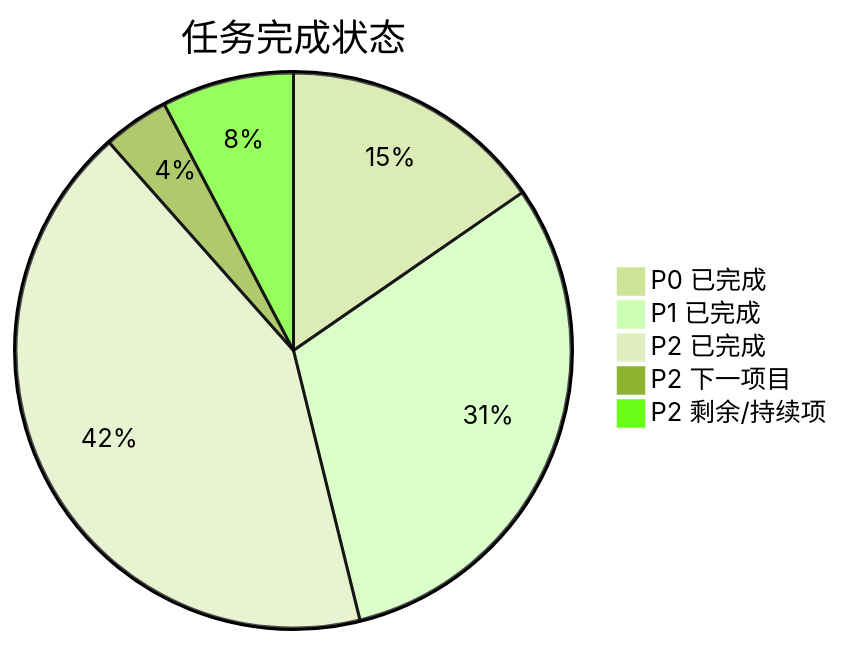
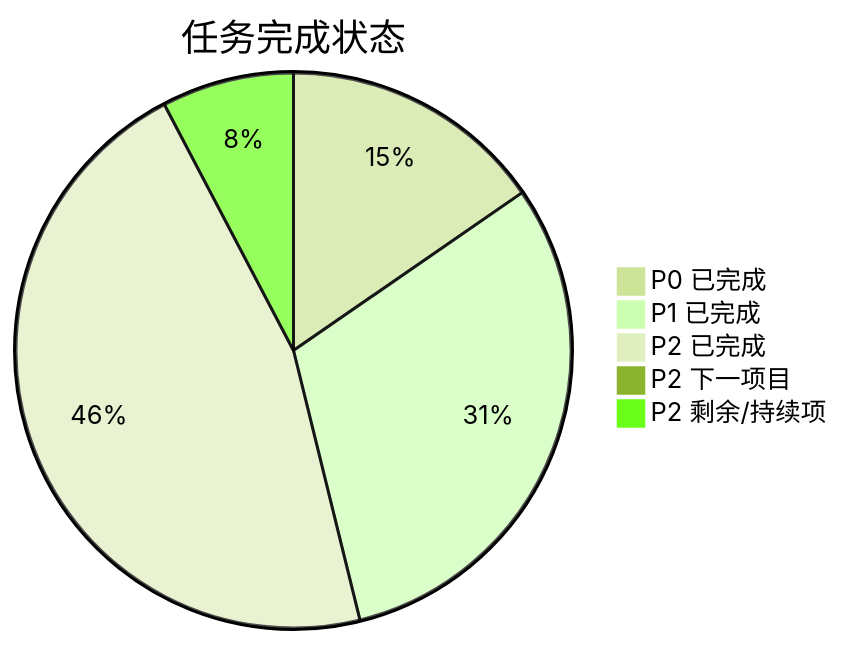
One commit to drearycold/YetAnotherEBookReader changed the first of 3 diagrams in .agents/plans/REFACTOR_PLAN.claude.progress.md. Above: the diagram before and after it, drawn with Mermaid (forest theme). The commit also changed other lines of this file and 22 other files, not shown here.

````diff
--- a/.agents/plans/REFACTOR_PLAN.claude.progress.md
+++ b/.agents/plans/REFACTOR_PLAN.claude.progress.md
@@ -10,8 +10,8 @@
 ```mermaid
 pie title 任务完成状态
     "P0 已完成" : 4
     "P1 已完成" : 8
-    "P2 已完成" : 11
-    "P2 下一项目" : 1
+    "P2 已完成" : 12
+    "P2 下一项目" : 0
     "P2 剩余/持续项" : 2
 ```
````
